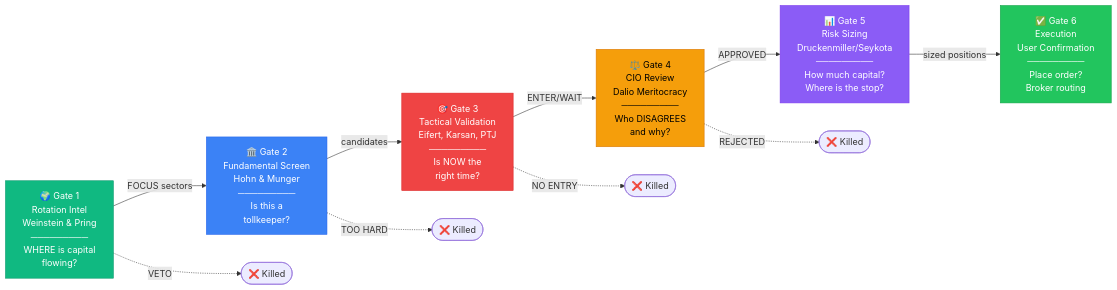
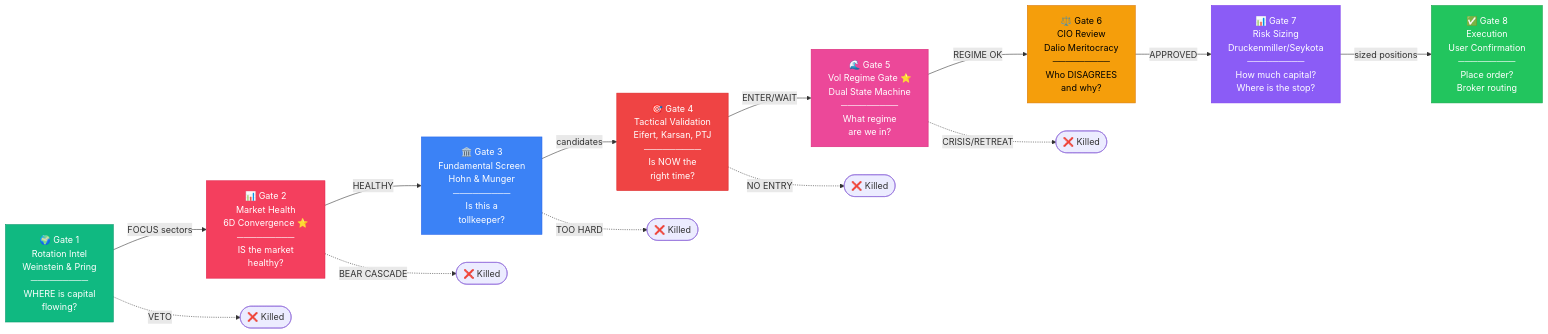
The second of 6 diagrams in docs/architecture-expert-committee.md (Charlie7532/botero-trade-engine), drawn with Mermaid before and after one commit. The commit also changed other lines of this file and 1 other file, not shown here.

Commit message:
feat: add graphify skill protocol and expand architecture committee to include swing, service, and gate modules

````diff
--- a/docs/architecture-expert-committee.md
+++ b/docs/architecture-expert-committee.md
@@ -82,27 +103,34 @@
 ```mermaid
 flowchart LR
     G1["🌍 Gate 1<br/>Rotation Intel<br/>Weinstein & Pring<br/>─────────<br/>WHERE is capital<br/>flowing?"]
-    G2["🏛️ Gate 2<br/>Fundamental Screen<br/>Hohn & Munger<br/>─────────<br/>Is this a<br/>tollkeeper?"]
-    G3["🎯 Gate 3<br/>Tactical Validation<br/>Eifert, Karsan, PTJ<br/>─────────<br/>Is NOW the<br/>right time?"]
-    G4["⚖️ Gate 4<br/>CIO Review<br/>Dalio Meritocracy<br/>─────────<br/>Who DISAGREES<br/>and why?"]
-    G5["📊 Gate 5<br/>Risk Sizing<br/>Druckenmiller/Seykota<br/>─────────<br/>How much capital?<br/>Where is the stop?"]
-    G6["✅ Gate 6<br/>Execution<br/>User Confirmation<br/>─────────<br/>Place order?<br/>Broker routing"]
+    G2["📊 Gate 2<br/>Market Health<br/>6D Convergence ⭐<br/>─────────<br/>IS the market<br/>healthy?"]
+    G3["🏛️ Gate 3<br/>Fundamental Screen<br/>Hohn & Munger<br/>─────────<br/>Is this a<br/>tollkeeper?"]
+    G4["🎯 Gate 4<br/>Tactical Validation<br/>Eifert, Karsan, PTJ<br/>─────────<br/>Is NOW the<br/>right time?"]
+    G5["🌊 Gate 5<br/>Vol Regime Gate ⭐<br/>Dual State Machine<br/>─────────<br/>What regime<br/>are we in?"]
+    G6["⚖️ Gate 6<br/>CIO Review<br/>Dalio Meritocracy<br/>─────────<br/>Who DISAGREES<br/>and why?"]
+    G7["📊 Gate 7<br/>Risk Sizing<br/>Druckenmiller/Seykota<br/>─────────<br/>How much capital?<br/>Where is the stop?"]
+    G8["✅ Gate 8<br/>Execution<br/>User Confirmation<br/>─────────<br/>Place order?<br/>Broker routing"]
 
     G1 -->|"FOCUS sectors"| G2
-    G2 -->|"candidates"| G3
-    G3 -->|"ENTER/WAIT"| G4
-    G4 -->|"APPROVED"| G5
-    G5 -->|"sized positions"| G6
+    G2 -->|"HEALTHY"| G3
+    G3 -->|"candidates"| G4
+    G4 -->|"ENTER/WAIT"| G5
+    G5 -->|"REGIME OK"| G6
+    G6 -->|"APPROVED"| G7
+    G7 -->|"sized positions"| G8
 
     G1 -.->|"VETO"| KILL1([❌ Killed])
-    G2 -.->|"TOO HARD"| KILL2([❌ Killed])
-    G3 -.->|"NO ENTRY"| KILL3([❌ Killed])
-    G4 -.->|"REJECTED"| KILL4([❌ Killed])
+    G2 -.->|"BEAR CASCADE"| KILL2([❌ Killed])
+    G3 -.->|"TOO HARD"| KILL3([❌ Killed])
+    G4 -.->|"NO ENTRY"| KILL4([❌ Killed])
+    G5 -.->|"CRISIS/RETREAT"| KILL5([❌ Killed])
 
     style G1 fill:#10b981,stroke:#059669,color:#fff
-    style G2 fill:#3b82f6,stroke:#2563eb,color:#fff
-    style G3 fill:#ef4444,stroke:#dc2626,color:#fff
-    style G4 fill:#f59e0b,stroke:#d97706,color:#000
-    style G5 fill:#8b5cf6,stroke:#7c3aed,color:#fff
-    style G6 fill:#22c55e,stroke:#16a34a,color:#fff
+    style G2 fill:#f43f5e,stroke:#e11d48,color:#fff
+    style G3 fill:#3b82f6,stroke:#2563eb,color:#fff
+    style G4 fill:#ef4444,stroke:#dc2626,color:#fff
+    style G5 fill:#ec4899,stroke:#db2777,color:#fff
+    style G6 fill:#f59e0b,stroke:#d97706,color:#000
+    style G7 fill:#8b5cf6,stroke:#7c3aed,color:#fff
+    style G8 fill:#22c55e,stroke:#16a34a,color:#fff
 ```
````
